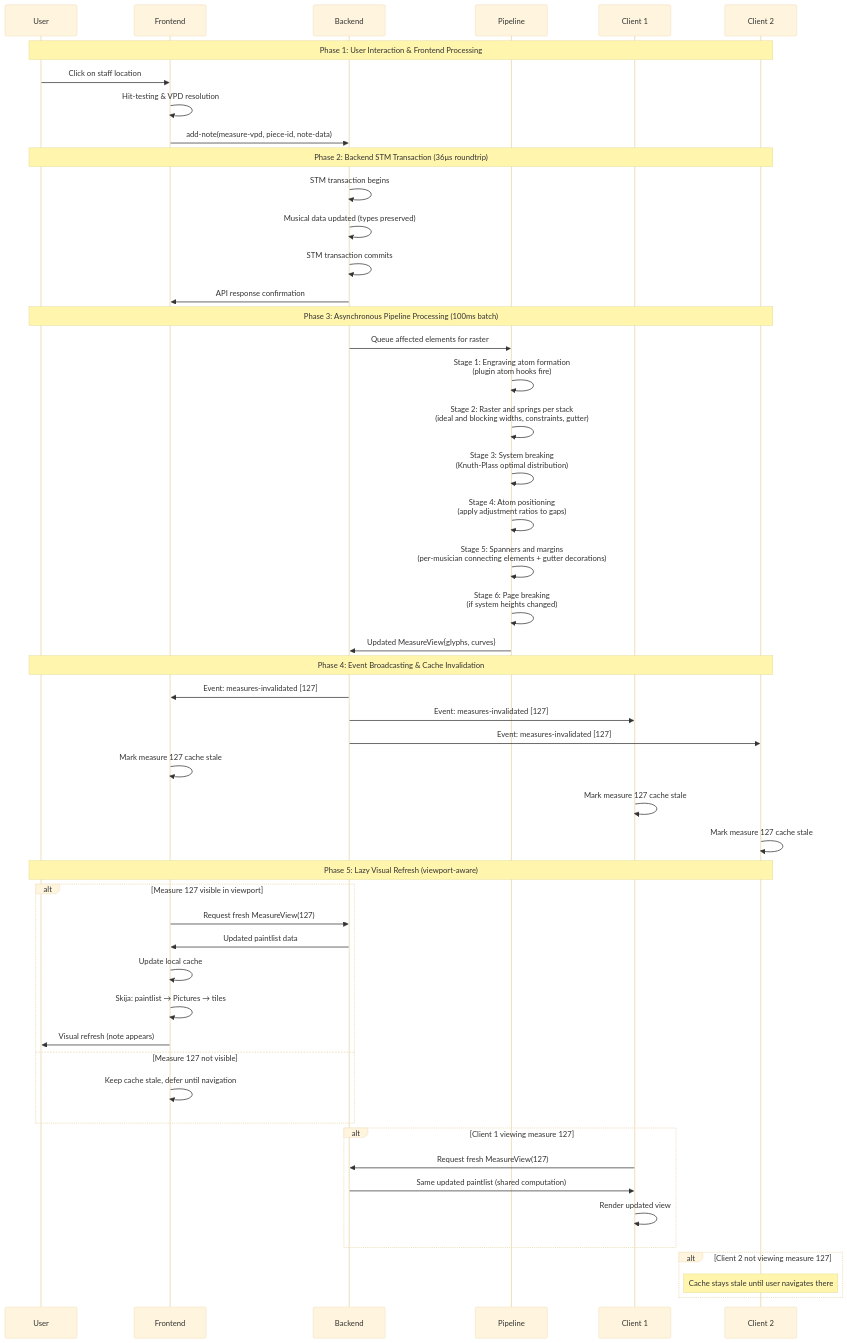
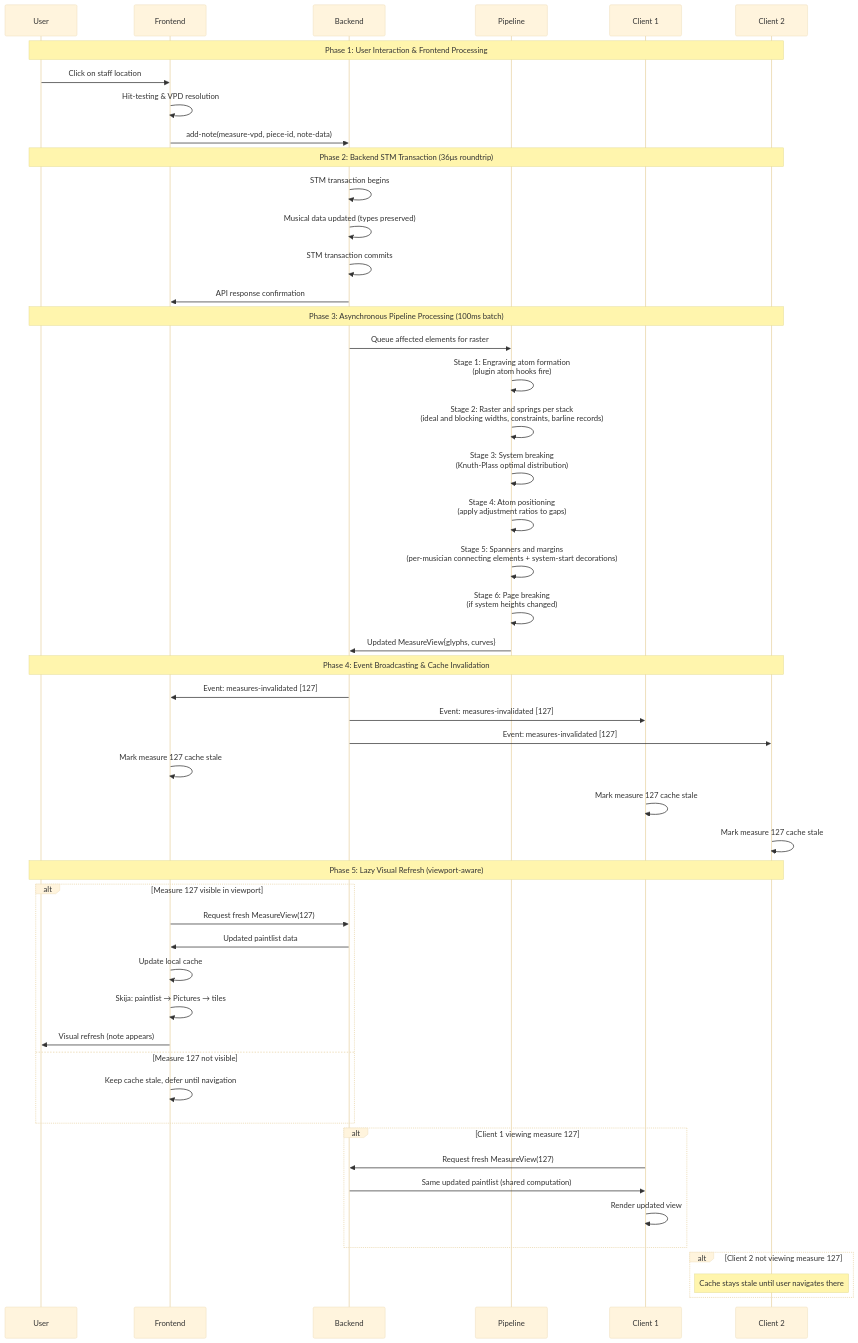
The third of 4 diagrams in ADRs/0028-Hierarchical-Rendering-Pipeline.md (PeterBengtson/Ooloi-docs), drawn with Mermaid (base theme) before and after one commit. The commit also changed other lines of this file and 5 other files, not shown here.

````diff
--- a/ADRs/0028-Hierarchical-Rendering-Pipeline.md
+++ b/ADRs/0028-Hierarchical-Rendering-Pipeline.md
@@ -305,60 +305,60 @@
 ```mermaid
 sequenceDiagram
     participant U as User
     participant F as Frontend
     participant B as Backend
     participant P as Pipeline
     participant C1 as Client 1
     participant C2 as Client 2
 
     Note over U,C2: Phase 1: User Interaction & Frontend Processing
     U->>F: Click on staff location
     F->>F: Hit-testing & VPD resolution
     F->>B: add-note(measure-vpd, piece-id, note-data)
 
     Note over U,C2: Phase 2: Backend STM Transaction (36μs roundtrip)
     B->>B: STM transaction begins
     B->>B: Musical data updated (types preserved)
     B->>B: STM transaction commits
     B->>F: API response confirmation
 
     Note over U,C2: Phase 3: Asynchronous Pipeline Processing (100ms batch)
     B->>P: Queue affected elements for raster
     P->>P: Stage 1: Engraving atom formation<br/>(plugin atom hooks fire)
-    P->>P: Stage 2: Raster and springs per stack<br/>(ideal and blocking widths, constraints, gutter)
+    P->>P: Stage 2: Raster and springs per stack<br/>(ideal and blocking widths, constraints, barline records)
     P->>P: Stage 3: System breaking<br/>(Knuth-Plass optimal distribution)
     P->>P: Stage 4: Atom positioning<br/>(apply adjustment ratios to gaps)
-    P->>P: Stage 5: Spanners and margins<br/>(per-musician connecting elements + gutter decorations)
+    P->>P: Stage 5: Spanners and margins<br/>(per-musician connecting elements + system-start decorations)
     P->>P: Stage 6: Page breaking<br/>(if system heights changed)
     P->>B: Updated MeasureView{glyphs, curves}
 
     Note over U,C2: Phase 4: Event Broadcasting & Cache Invalidation
     B->>F: Event: measures-invalidated [127]
     B->>C1: Event: measures-invalidated [127]
     B->>C2: Event: measures-invalidated [127]
 
     F->>F: Mark measure 127 cache stale
     C1->>C1: Mark measure 127 cache stale
     C2->>C2: Mark measure 127 cache stale
 
     Note over U,C2: Phase 5: Lazy Visual Refresh (viewport-aware)
     alt Measure 127 visible in viewport
         F->>B: Request fresh MeasureView(127)
         B->>F: Updated paintlist data
         F->>F: Update local cache
         F->>F: Skija: paintlist → Pictures → tiles
         F->>U: Visual refresh (note appears)
     else Measure 127 not visible
         F->>F: Keep cache stale, defer until navigation
     end
 
     alt Client 1 viewing measure 127
         C1->>B: Request fresh MeasureView(127)
         B->>C1: Same updated paintlist (shared computation)
         C1->>C1: Render updated view
     end
 
     alt Client 2 not viewing measure 127
         Note over C2: Cache stays stale until user navigates there
     end
 ```
````
